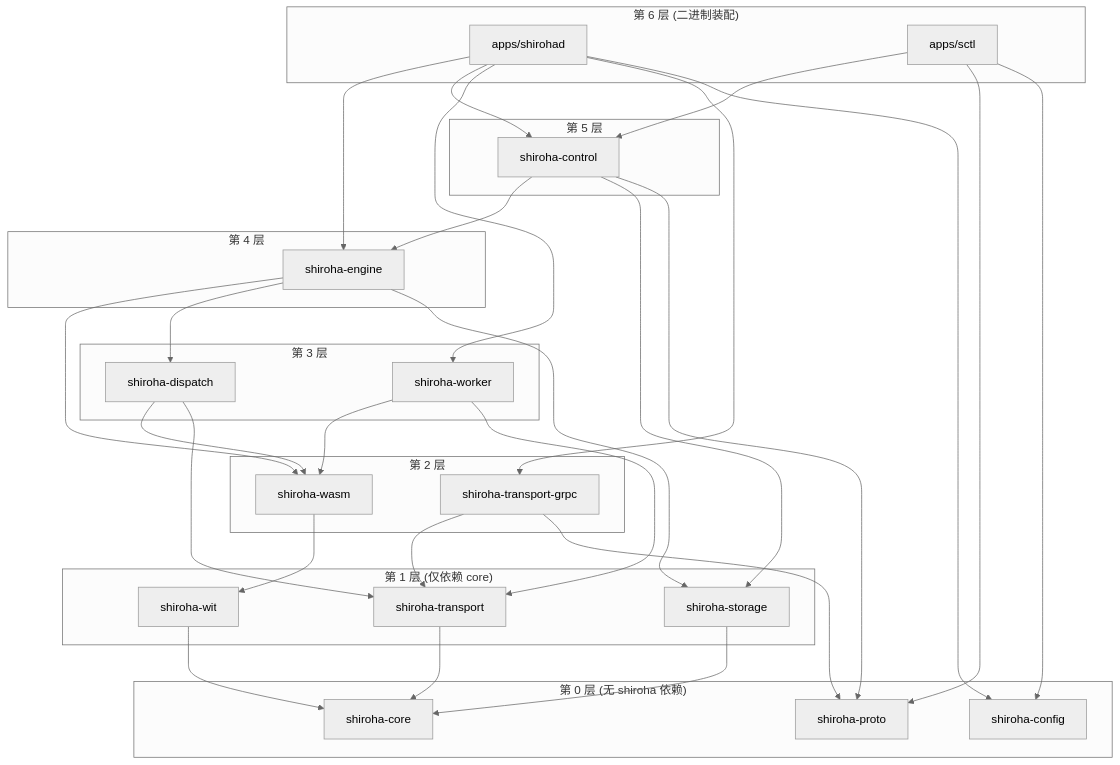
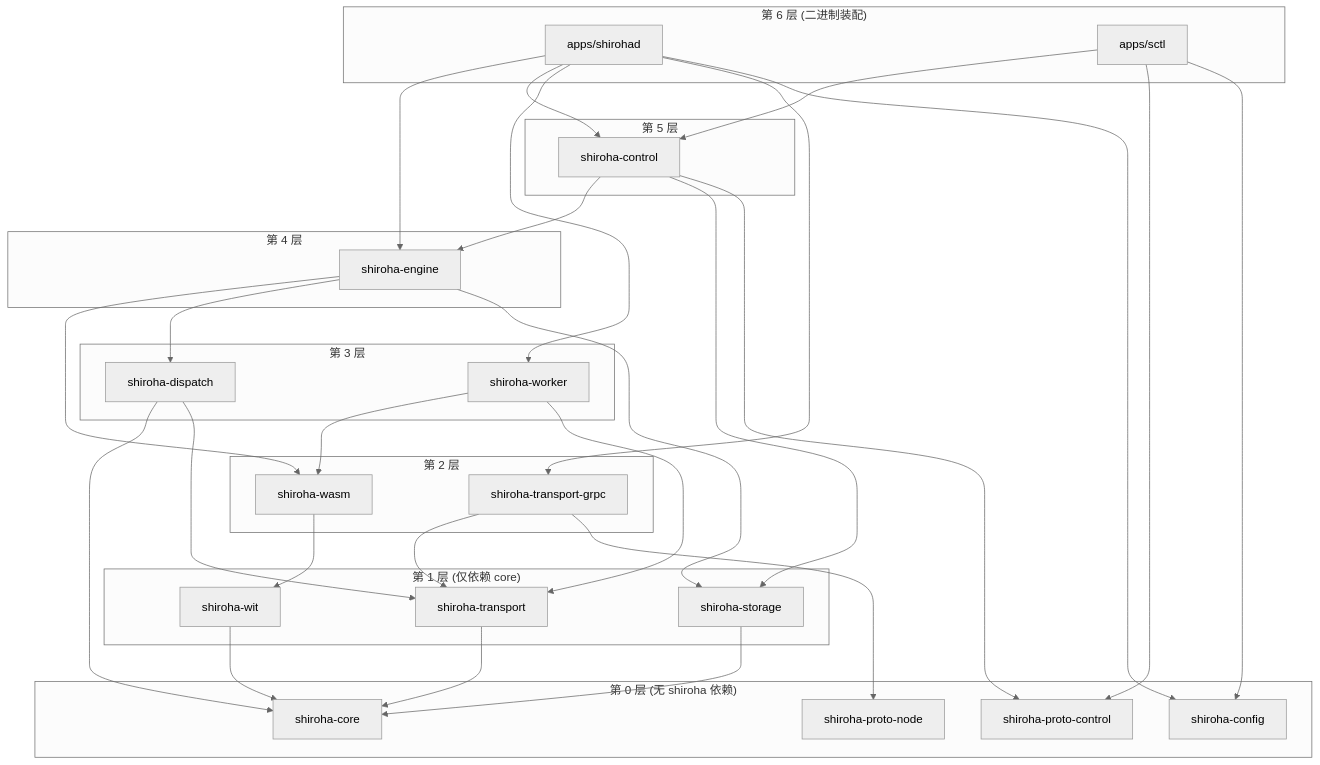
Before and after one commit to Hobr/Shiroha: the diagram in doc/workspace.md, drawn with Mermaid (neutral theme). The commit also changed other lines of this file and 12 other files, not shown here.

````diff
--- a/doc/workspace.md
+++ b/doc/workspace.md
@@ -39,68 +40,69 @@
 ```mermaid
 flowchart TB
     subgraph L0["第 0 层 (无 shiroha 依赖)"]
         core[shiroha-core]
-        proto[shiroha-proto]
+        pnode[shiroha-proto-node]
+        pctrl[shiroha-proto-control]
         config[shiroha-config]
     end
 
     subgraph L1["第 1 层 (仅依赖 core)"]
         wit[shiroha-wit]
         storage[shiroha-storage]
         transport[shiroha-transport]
     end
 
     subgraph L2["第 2 层"]
         wasm[shiroha-wasm]
         tgrpc[shiroha-transport-grpc]
     end
 
     subgraph L3["第 3 层"]
         dispatch[shiroha-dispatch]
         worker[shiroha-worker]
     end
 
     subgraph L4["第 4 层"]
         engine[shiroha-engine]
     end
 
     subgraph L5["第 5 层"]
         control[shiroha-control]
     end
 
     subgraph L6["第 6 层 (二进制装配)"]
         shirohad[apps/shirohad]
         sctl[apps/sctl]
     end
 
     wit --> core
     storage --> core
     transport --> core
 
     wasm --> wit
     tgrpc --> transport
-    tgrpc --> proto
+    tgrpc --> pnode
 
-    dispatch --> wasm
+    dispatch --> core
     dispatch --> transport
     worker --> wasm
     worker --> transport
 
     engine --> wasm
     engine --> dispatch
     engine --> storage
 
     control --> engine
     control --> storage
-    control --> proto
+    control --> pctrl
 
     shirohad --> engine
     shirohad --> control
     shirohad --> worker
     shirohad --> tgrpc
     shirohad --> config
 
     sctl --> control
-    sctl --> proto
+    sctl --> pctrl
     sctl --> config
 ```
````
